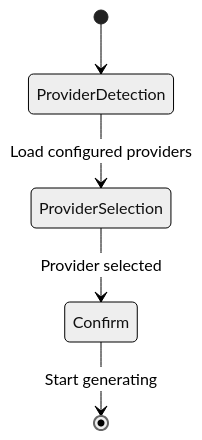
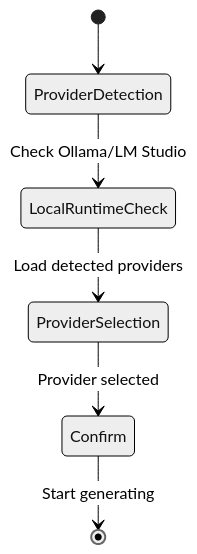
The tenth of 11 diagrams in .qoder/repowiki/en/content/AI Generation Engine/AI Provider Adapters/AI Provider Adapters.md (shekhargiri005-dotcom/AI-powered-accessibility-first-UI-engine), drawn with Mermaid (neutral theme) before and after one commit. The commit also changed other lines of this file and 10 other files, not shown here.

````diff
--- a/.qoder/repowiki/en/content/AI Generation Engine/AI Provider Adapters/AI Provider Adapters.md
+++ b/.qoder/repowiki/en/content/AI Generation Engine/AI Provider Adapters/AI Provider Adapters.md
@@ -398,7 +478,8 @@
 ```mermaid
 stateDiagram-v2
 [*] --> ProviderDetection
-ProviderDetection --> ProviderSelection : Load configured providers
+ProviderDetection --> LocalRuntimeCheck : Check Ollama/LM Studio
+LocalRuntimeCheck --> ProviderSelection : Load detected providers
 ProviderSelection --> Confirm : Provider selected
 Confirm --> [*] : Start generating
 ```
````
